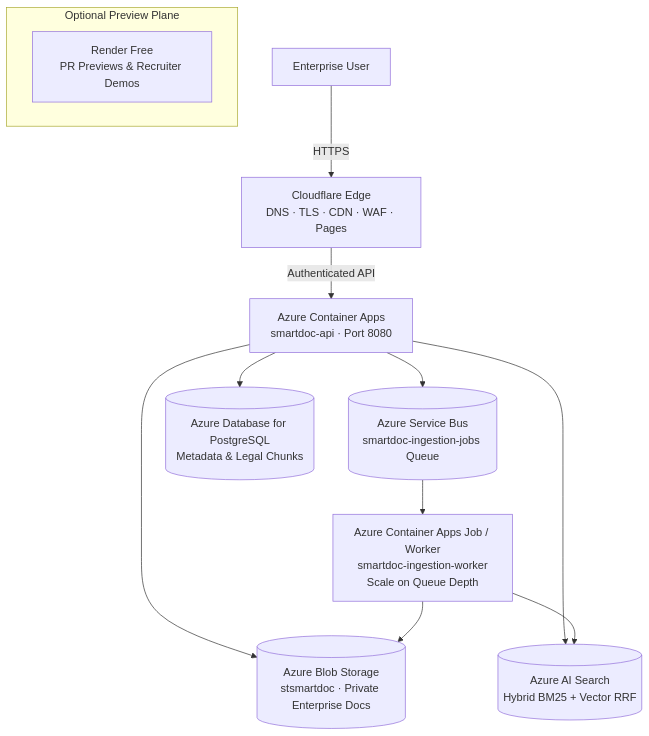
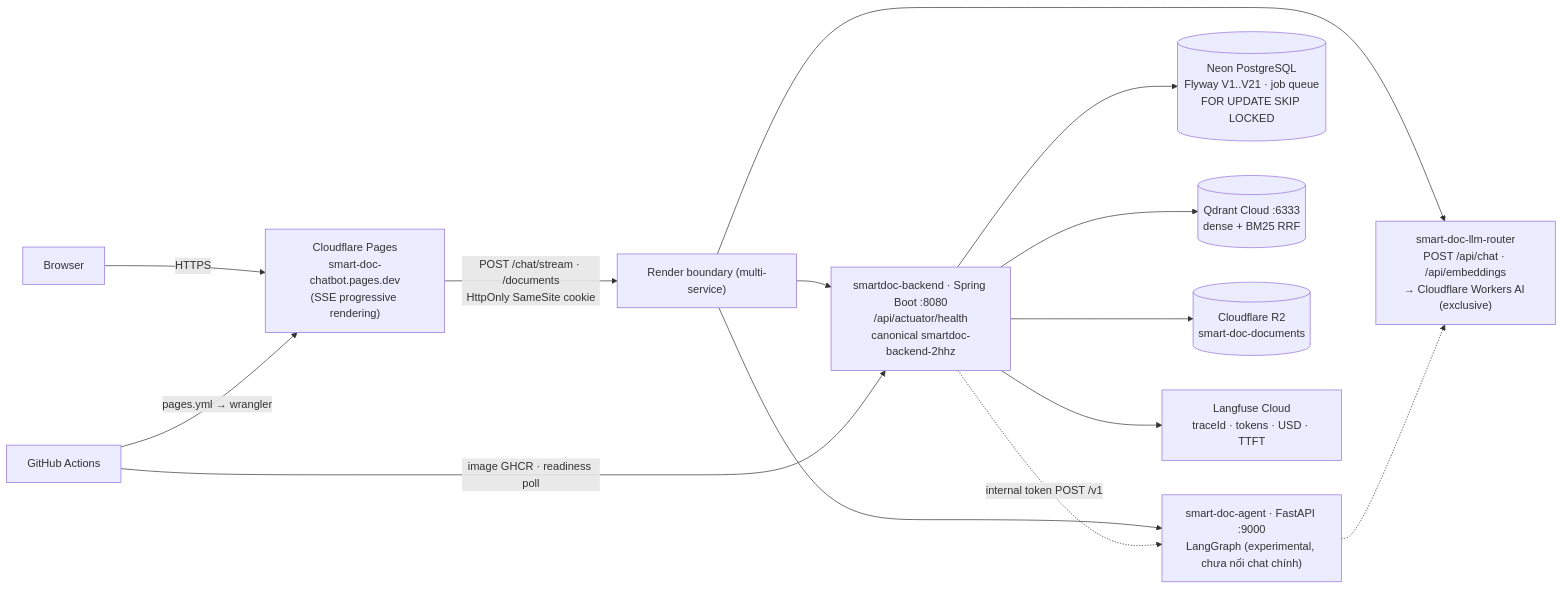
One commit to imtarget05/Enterprise-Document-Intelligence-Corrective-RAG-Platform changed the first of 6 diagrams in docs/architecture.md. Above: the diagram before and after it, drawn with Mermaid. The commit also changed other lines of this file and 71 other files, not shown here.

````diff
--- a/docs/architecture.md
+++ b/docs/architecture.md
@@ -48,18 +49,16 @@
 ```mermaid
-graph TD
-    User[Enterprise User] -->|HTTPS| CF[Cloudflare Edge<br/>DNS · TLS · CDN · WAF · Pages]
-    CF -->|Authenticated API| ACA[Azure Container Apps<br/>smartdoc-api · Port 8080]
-    
-    ACA --> Blob[(Azure Blob Storage<br/>stsmartdoc · Private Enterprise Docs)]
-    ACA --> Search[(Azure AI Search<br/>Hybrid BM25 + Vector RRF)]
-    ACA --> SB[(Azure Service Bus<br/>smartdoc-ingestion-jobs Queue)]
-    ACA --> DB[(Azure Database for PostgreSQL<br/>Metadata & Legal Chunks)]
-    
-    SB --> Worker[Azure Container Apps Job / Worker<br/>smartdoc-ingestion-worker<br/>Scale on Queue Depth]
-    Worker --> Blob
-    Worker --> Search
-    
-    subgraph Optional Preview Plane
-        Render[Render Free<br/>PR Previews & Recruiter Demos]
-    end
+flowchart LR
+    U["Browser"] -->|HTTPS| CF["Cloudflare Pages<br/>smart-doc-chatbot.pages.dev<br/>(SSE progressive rendering)"]
+    CF -->|"POST /chat/stream · /documents<br/>HttpOnly SameSite cookie"| SVC["Render boundary (multi-service)"]
+    SVC --> SB["smartdoc-backend · Spring Boot :8080<br/>/api/actuator/health<br/>canonical smartdoc-backend-2hhz"]
+    SVC --> AG["smart-doc-agent · FastAPI :9000<br/>LangGraph (experimental, chưa nối chat chính)"]
+    SVC --> LR["smart-doc-llm-router<br/>POST /api/chat · /api/embeddings<br/>→ Cloudflare Workers AI (exclusive)"]
+    SB --> NEON[("Neon PostgreSQL<br/>Flyway V1..V21 · job queue<br/>FOR UPDATE SKIP LOCKED")]
+    SB --> QD[("Qdrant Cloud :6333<br/>dense + BM25 RRF")]
+    SB --> R2[("Cloudflare R2<br/>smart-doc-documents")]
+    SB -.->|"internal token POST /v1"| AG
+    AG -.-> LR
+    SB --> LF["Langfuse Cloud<br/>traceId · tokens · USD · TTFT"]
+    K8["GitHub Actions"] -->|"image GHCR · readiness poll"| SB
+    K8 -->|"pages.yml → wrangler"| CF
 ```
````
